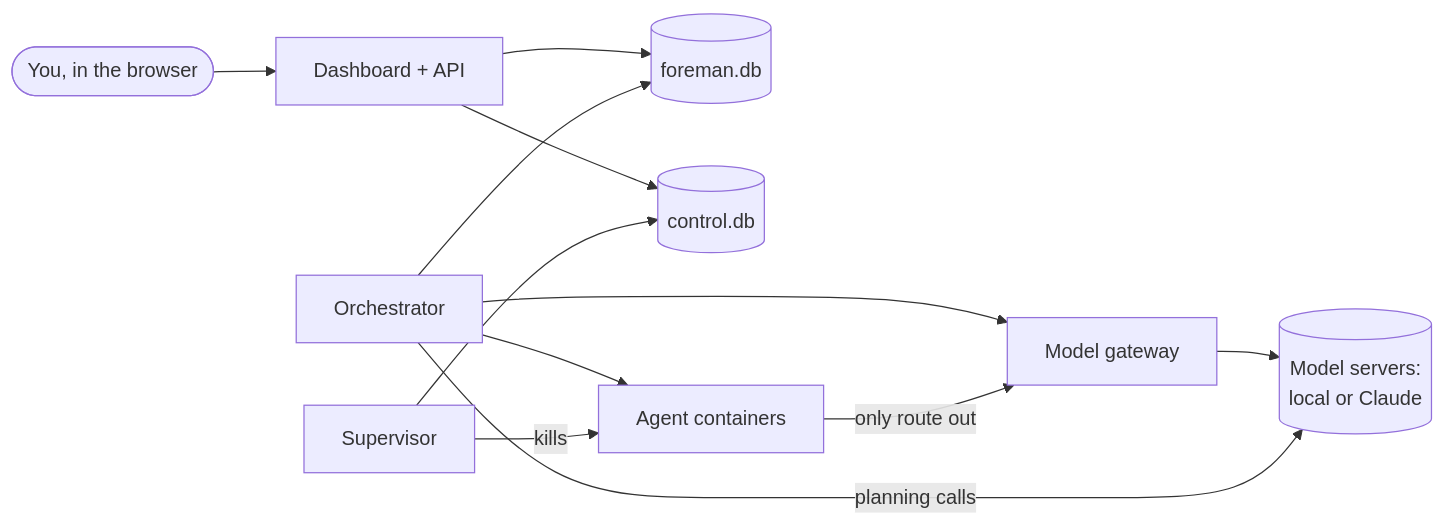
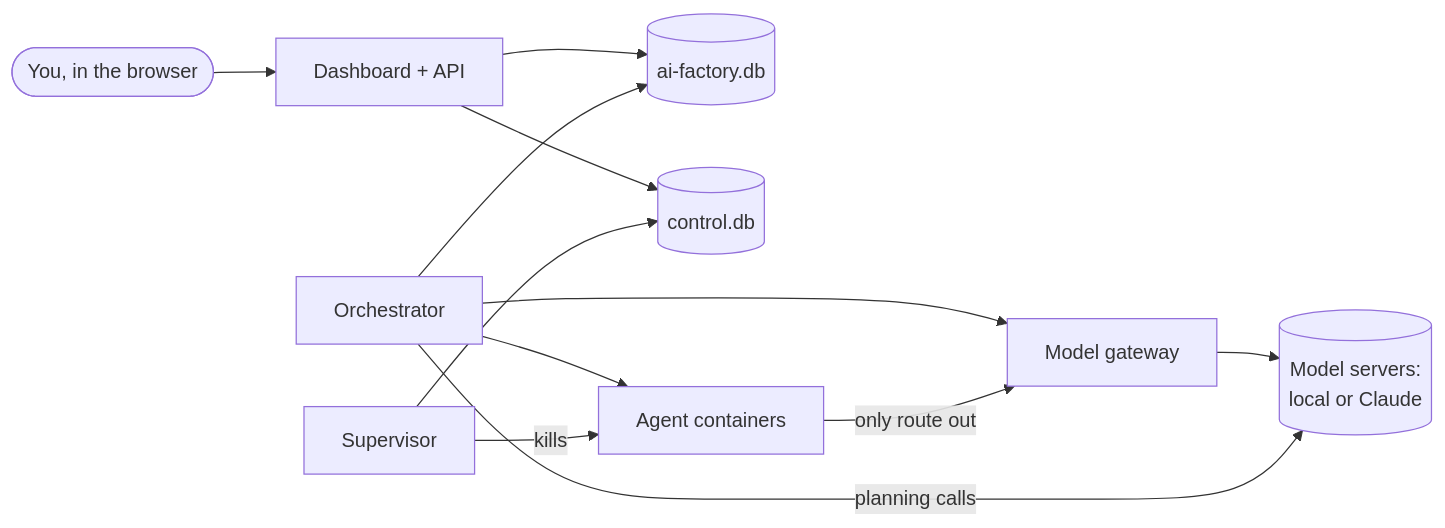
One commit to hofftodd/ai-factory changed the first of 2 diagrams in ARCHITECTURE.md. Above: the diagram before and after it, drawn with Mermaid. The commit also changed other lines of this file and 144 other files, not shown here.

First line of the commit message:
Rename Foreman to ai-factory; match ai-swap's look

````diff
--- a/ARCHITECTURE.md
+++ b/ARCHITECTURE.md
@@ -34,14 +34,14 @@
 ```mermaid
 flowchart LR
     you([You, in the browser]) --> api[Dashboard + API]
-    api --> db[(foreman.db)]
+    api --> db[(ai-factory.db)]
     api --> ctl[(control.db)]
     orch[Orchestrator] --> db
     orch --> gw[Model gateway]
     orch --> box[Agent containers]
     box -- only route out --> gw
     gw --> models[(Model servers:<br/>local or Claude)]
     orch -- planning calls --> models
     sup[Supervisor] --> ctl
     sup -- kills --> box
 ```
````
